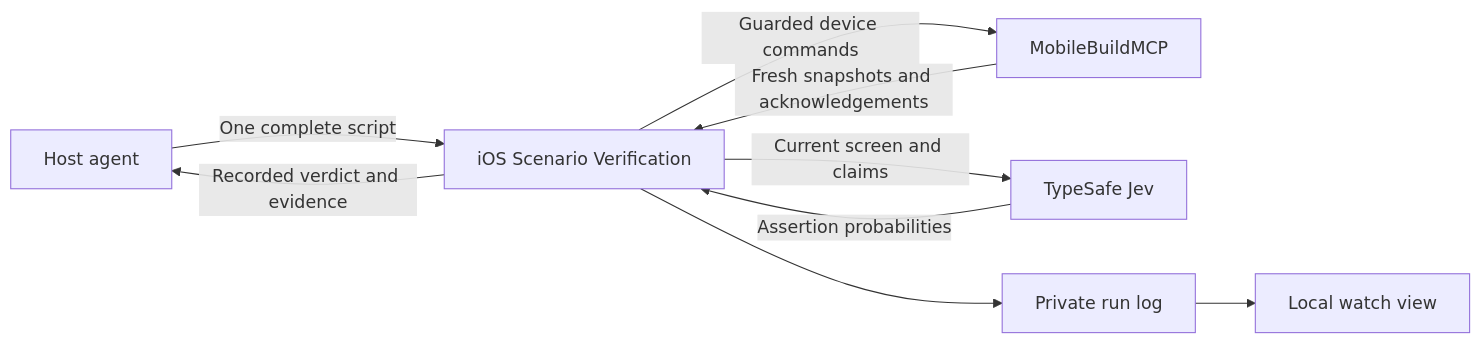
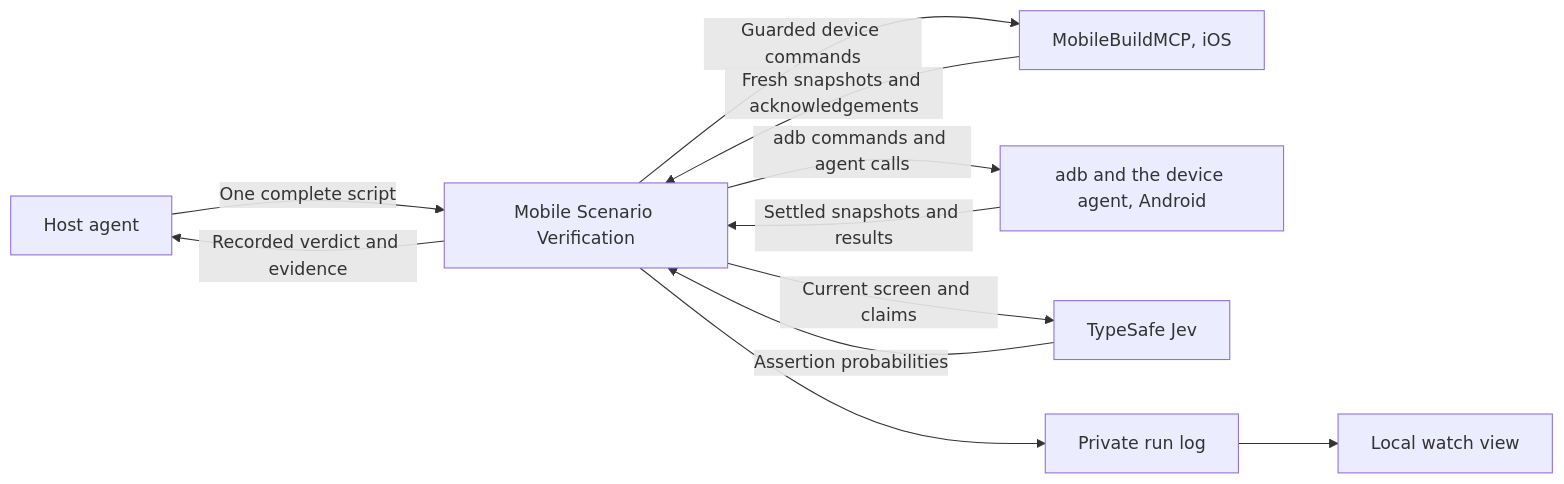
The diagram in docs/architecture.md (hugues-vnsgn/jev-ios-bridge), drawn with Mermaid before and after one commit. The commit also changed other lines of this file and 21 other files, not shown here.

````diff
--- a/docs/architecture.md
+++ b/docs/architecture.md
@@ -7,11 +7,13 @@
 ```mermaid
 flowchart LR
-    Host[Host agent] -->|One complete script| Bridge[iOS Scenario Verification]
-    Bridge -->|Guarded device commands| Device[MobileBuildMCP]
+    Host[Host agent] -->|One complete script| Bridge[Mobile Scenario Verification]
+    Bridge -->|Guarded device commands| Device[MobileBuildMCP, iOS]
     Device -->|Fresh snapshots and acknowledgements| Bridge
+    Bridge -->|adb commands and agent calls| Android[adb and the device agent, Android]
+    Android -->|Settled snapshots and results| Bridge
     Bridge -->|Current screen and claims| Jev[TypeSafe Jev]
     Jev -->|Assertion probabilities| Bridge
     Bridge -->|Recorded verdict and evidence| Host
     Bridge --> Log[Private run log]
     Log --> Watch[Local watch view]
 ```
````
